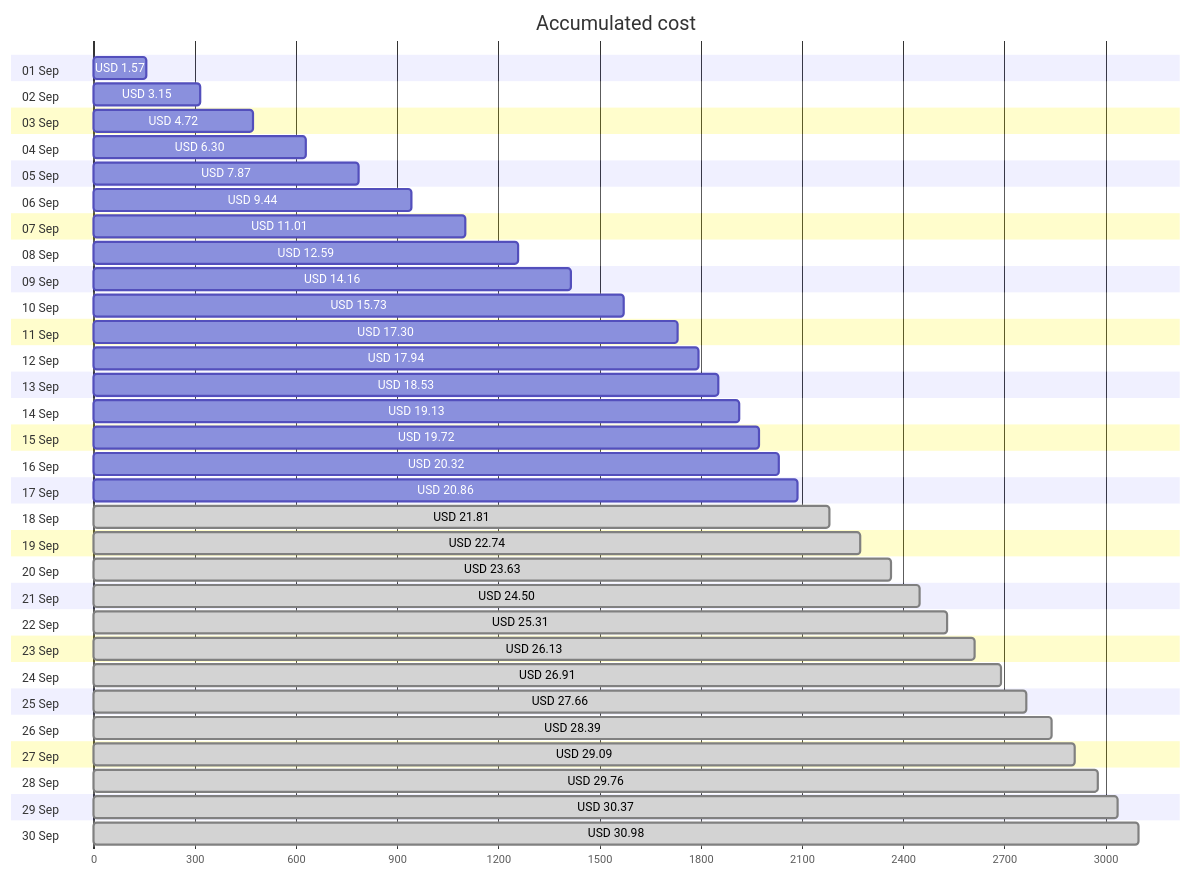
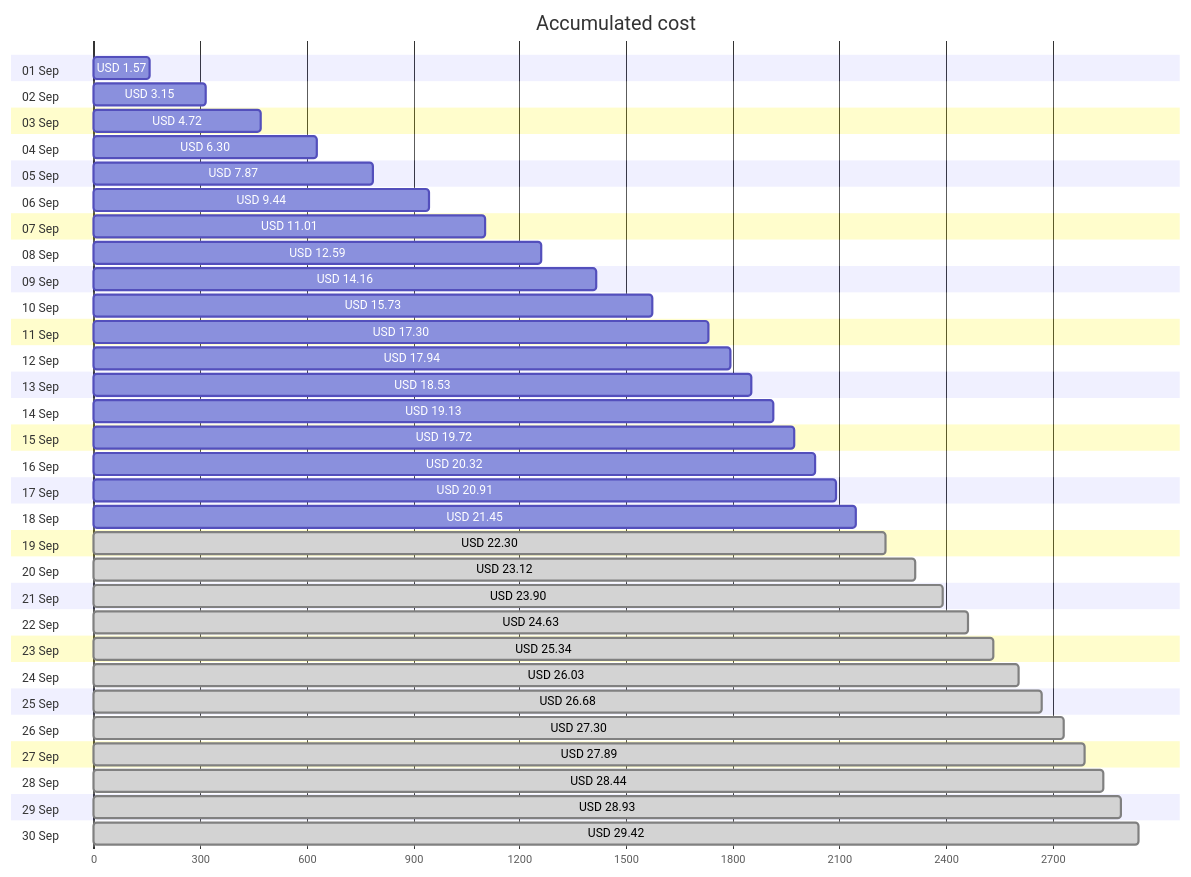
Before and after one commit to jpfulton/azure-personal-reports: the first of 4 diagrams in cost-reports/personal-site/README.md, drawn with Mermaid. The commit also changed other lines of this file and 7 other files, not shown here.

````diff
--- a/cost-reports/personal-site/README.md
+++ b/cost-reports/personal-site/README.md
@@ -20,66 +20,66 @@
 ```mermaid
 gantt
    title Accumulated cost
    dateFormat  X
    axisFormat %s
    section 01 Sep
    USD 1.57 :0, 157
    section 02 Sep
    USD 3.15 :0, 315
    section 03 Sep
    USD 4.72 :0, 472
    section 04 Sep
    USD 6.30 :0, 630
    section 05 Sep
    USD 7.87 :0, 787
    section 06 Sep
    USD 9.44 :0, 944
    section 07 Sep
    USD 11.01 :0, 1101
    section 08 Sep
    USD 12.59 :0, 1259
    section 09 Sep
    USD 14.16 :0, 1416
    section 10 Sep
    USD 15.73 :0, 1573
    section 11 Sep
    USD 17.30 :0, 1730
    section 12 Sep
    USD 17.94 :0, 1794
    section 13 Sep
    USD 18.53 :0, 1853
    section 14 Sep
    USD 19.13 :0, 1913
    section 15 Sep
    USD 19.72 :0, 1972
    section 16 Sep
    USD 20.32 :0, 2032
    section 17 Sep
-   USD 20.86 :0, 2086
+   USD 20.91 :0, 2091
    section 18 Sep
-   USD 21.81 : done, 0, 2181
+   USD 21.45 :0, 2145
    section 19 Sep
-   USD 22.74 : done, 0, 2274
+   USD 22.30 : done, 0, 2230
    section 20 Sep
-   USD 23.63 : done, 0, 2363
+   USD 23.12 : done, 0, 2312
    section 21 Sep
-   USD 24.50 : done, 0, 2450
+   USD 23.90 : done, 0, 2390
    section 22 Sep
-   USD 25.31 : done, 0, 2531
+   USD 24.63 : done, 0, 2463
    section 23 Sep
-   USD 26.13 : done, 0, 2613
+   USD 25.34 : done, 0, 2534
    section 24 Sep
-   USD 26.91 : done, 0, 2691
+   USD 26.03 : done, 0, 2603
    section 25 Sep
-   USD 27.66 : done, 0, 2766
+   USD 26.68 : done, 0, 2668
    section 26 Sep
-   USD 28.39 : done, 0, 2839
+   USD 27.30 : done, 0, 2730
    section 27 Sep
-   USD 29.09 : done, 0, 2909
+   USD 27.89 : done, 0, 2789
    section 28 Sep
-   USD 29.76 : done, 0, 2976
+   USD 28.44 : done, 0, 2844
    section 29 Sep
-   USD 30.37 : done, 0, 3037
+   USD 28.93 : done, 0, 2893
    section 30 Sep
-   USD 30.98 : done, 0, 3098
+   USD 29.42 : done, 0, 2942
 ```
````
